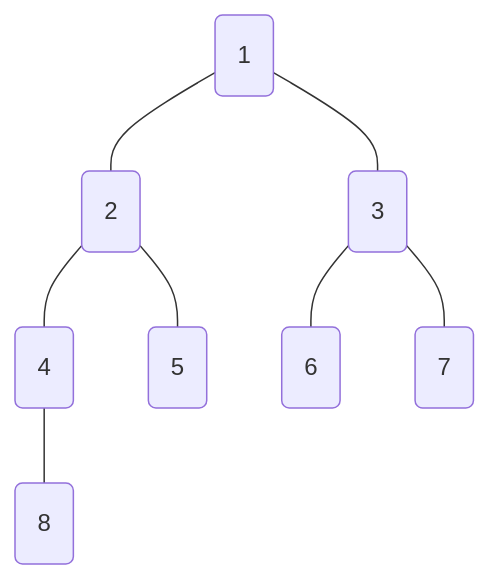
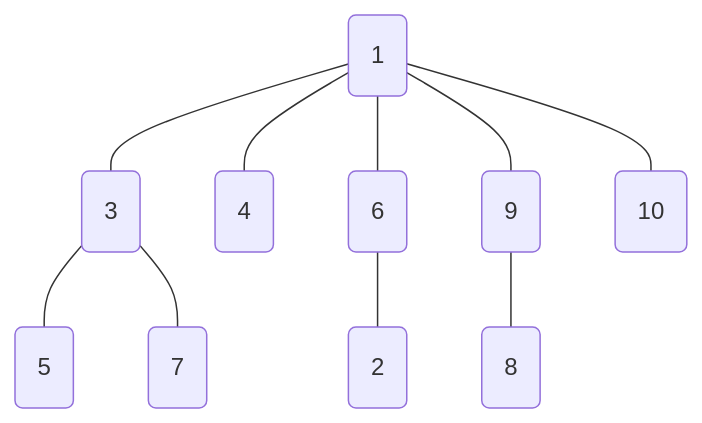
The diagram in HW02_DSA(2)/BFS.md (Austin1153/DSA), drawn with Mermaid before and after one commit. The commit also changed other lines of this file and 8 other files, not shown here.

````diff
--- a/HW02_DSA(2)/BFS.md
+++ b/HW02_DSA(2)/BFS.md
@@ -2,18 +2,22 @@
 ```mermaid
  graph TD
 	A1(1)
 	A2(2)
 	A3(3)
 	A4(4)
 	A5(5)
 	A6(6)
 	A7(7)
 	A8(8)
-	A1 --- A2
+	A9(9)
+	A10(10)
 	A1 --- A3
-	A2 --- A4
-	A2 --- A5
-	A3 --- A6
+	A1 --- A4
+	A1 --- A6
+	A1 --- A9
+	A1 --- A10
+	A3 --- A5
 	A3 --- A7
-	A4 --- A8
+	A6 --- A2
+	A9 --- A8
 ```
````
